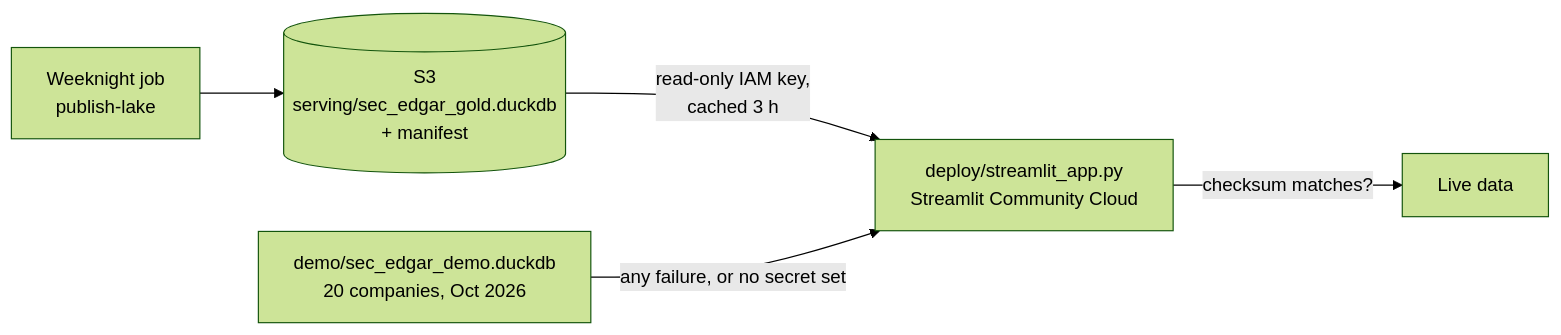
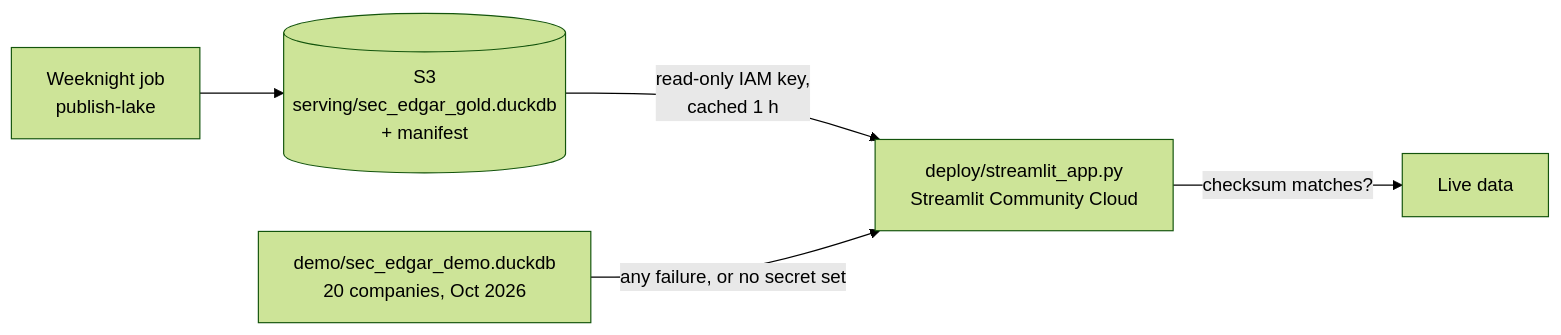
The third of 4 diagrams in docs/architectures/dashboard.md (dhirajkk91/sec-edgar-financial-data-lakehouse), drawn with Mermaid (forest theme) before and after one commit. The commit also changed other lines of this file and 11 other files, not shown here.

````diff
--- a/docs/architectures/dashboard.md
+++ b/docs/architectures/dashboard.md
@@ -118,7 +118,7 @@
 ```mermaid
 flowchart LR
     J["Weeknight job<br/>publish-lake"] --> S3[("S3<br/>serving/sec_edgar_gold.duckdb<br/>+ manifest")]
-    S3 -->|"read-only IAM key,<br/>cached 3 h"| H["deploy/streamlit_app.py<br/>Streamlit Community Cloud"]
+    S3 -->|"read-only IAM key,<br/>cached 1 h"| H["deploy/streamlit_app.py<br/>Streamlit Community Cloud"]
     H -->|"checksum matches?"| V["Live data"]
     D["demo/sec_edgar_demo.duckdb<br/>20 companies, Oct 2026"] -->|"any failure, or no secret set"| H
 ```
````
